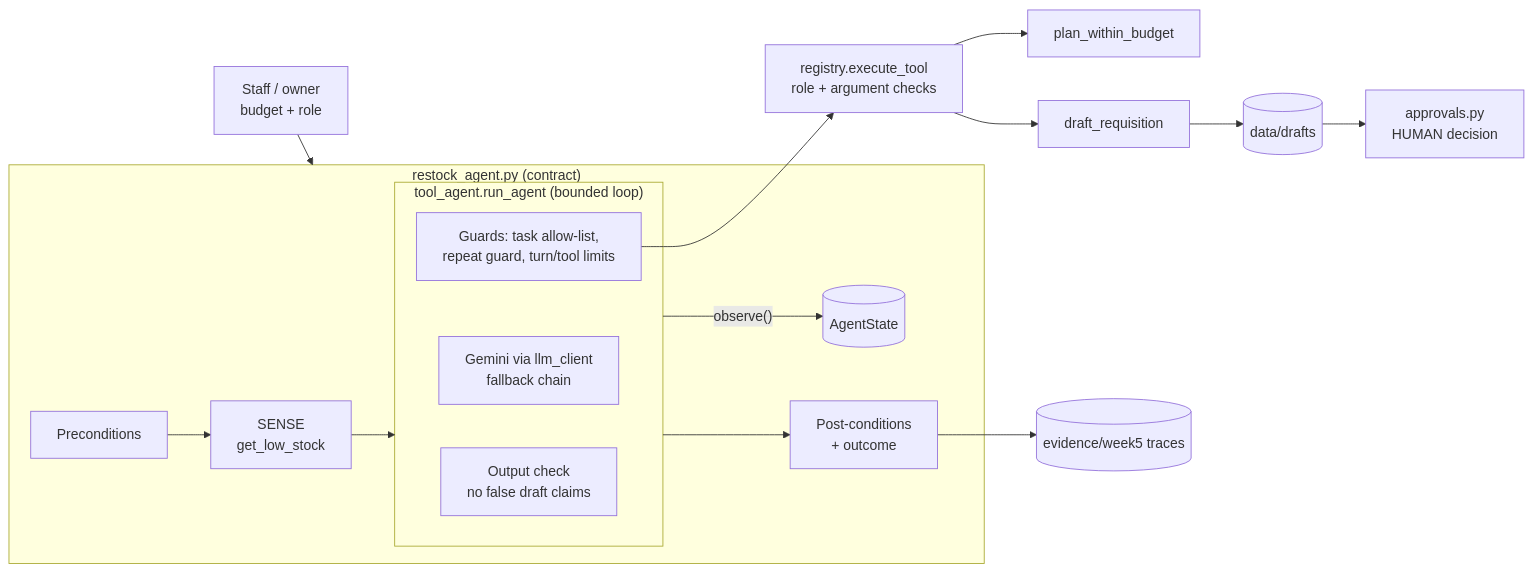
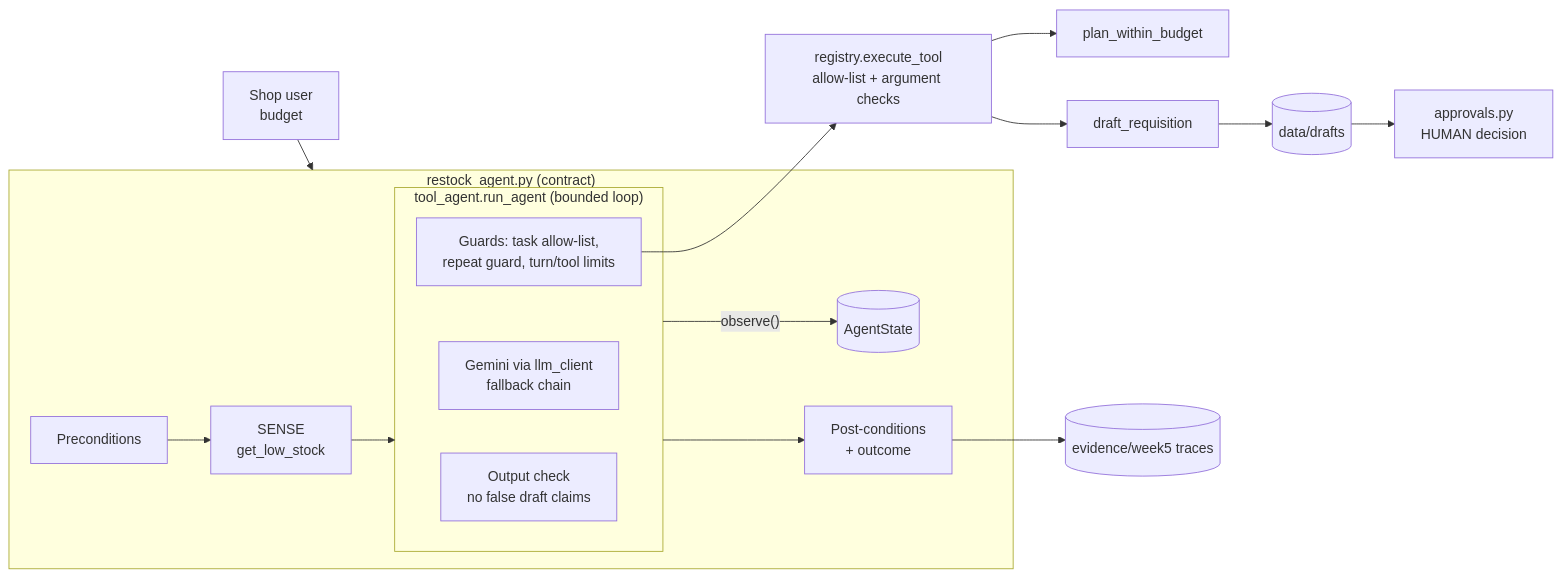
One commit to AJmight/Capstone_project- changed the second of 2 diagrams in docs/architecture/architecture-week5.md. Above: the diagram before and after it, drawn with Mermaid. The commit also changed other lines of this file and 56 other files, not shown here.

````diff
--- a/docs/architecture/architecture-week5.md
+++ b/docs/architecture/architecture-week5.md
@@ -27,26 +29,26 @@
 ```mermaid
 flowchart LR
-    H[Staff / owner<br/>budget + role] --> RA
+    H[Shop user<br/>budget] --> RA
 
     subgraph RA["restock_agent.py (contract)"]
         PRE[Preconditions] --> SEN[SENSE<br/>get_low_stock]
         SEN --> LOOP
         ST[(AgentState)]
         POST[Post-conditions<br/>+ outcome]
     end
 
     subgraph LOOP["tool_agent.run_agent (bounded loop)"]
         M[Gemini via llm_client<br/>fallback chain]
         G[Guards: task allow-list,<br/>repeat guard, turn/tool limits]
         OC[Output check<br/>no false draft claims]
     end
 
     LOOP -- "observe()" --> ST
-    G --> REG[registry.execute_tool<br/>role + argument checks]
+    G --> REG[registry.execute_tool<br/>allow-list + argument checks]
     REG --> T1[plan_within_budget]
     REG --> T2[draft_requisition]
     T2 --> D[(data/drafts)]
     LOOP --> POST
     POST --> TR[(evidence/week5 traces)]
     D --> AP[approvals.py<br/>HUMAN decision]
 ```
````
